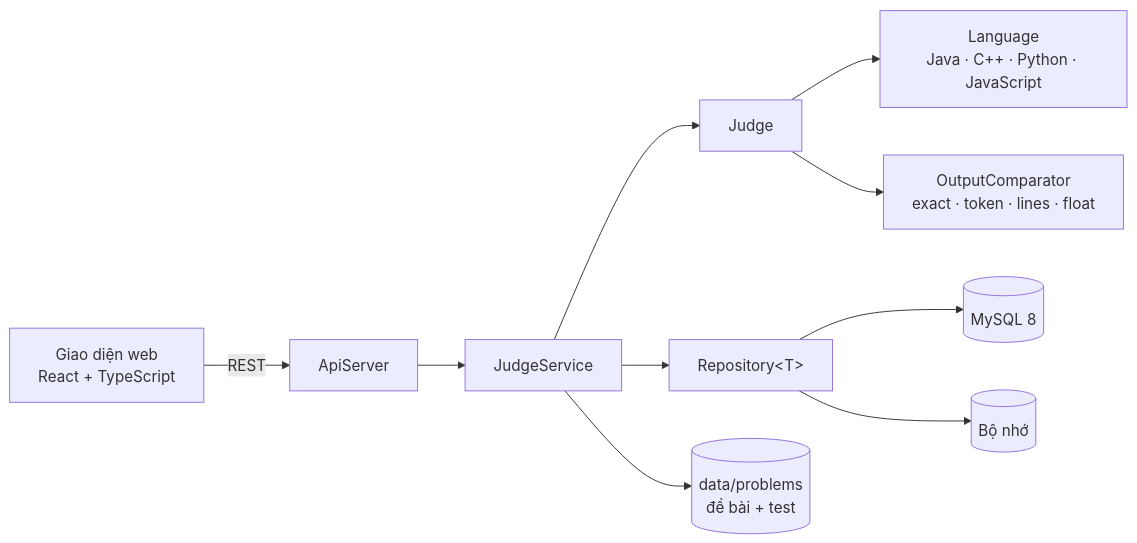
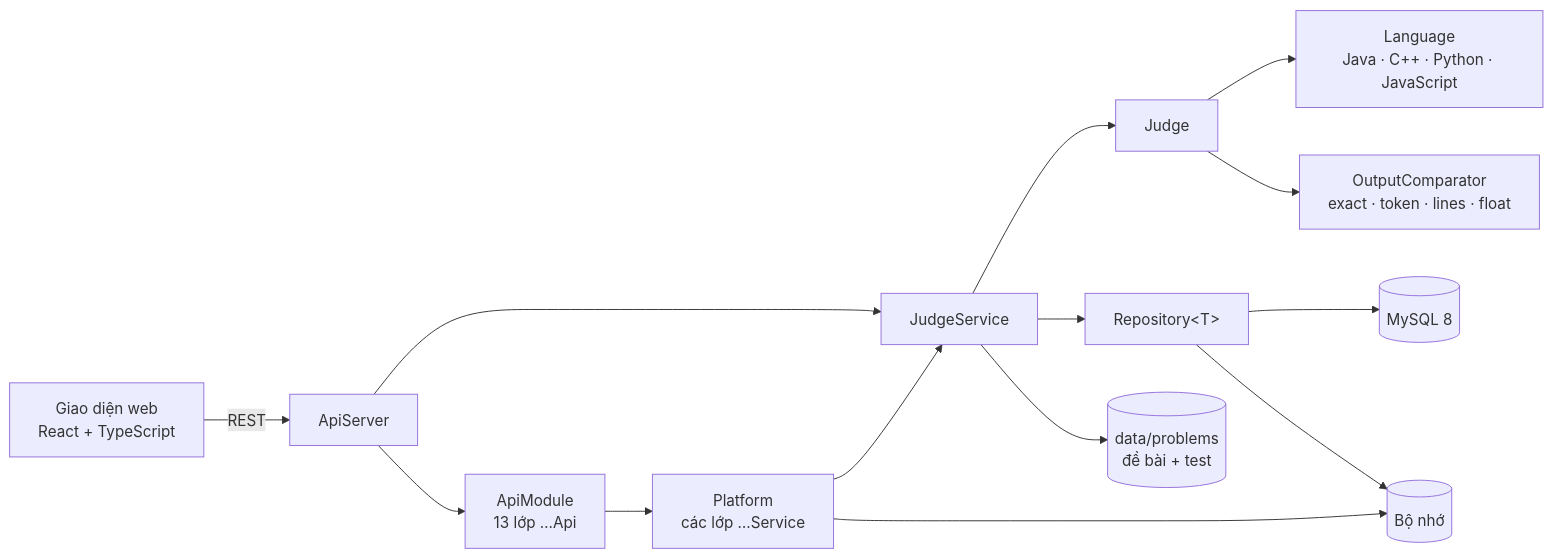
The diagram in README.md (hienphung910/He-thong-cham-bai-lap-trinh-tu-dong), drawn with Mermaid before and after one commit. The commit also changed other lines of this file, not shown here.

Commit message:
Cap nhat README theo 40 module

````diff
--- a/README.md
+++ b/README.md
@@ -52,12 +154,16 @@
 ```mermaid
 flowchart LR
     Web["Giao diện web<br/>React + TypeScript"] -- "REST" --> Api[ApiServer]
     Api --> Svc[JudgeService]
+    Api --> Mod["ApiModule<br/>13 lớp …Api"]
+    Mod --> Plat["Platform<br/>các lớp …Service"]
+    Plat --> Svc
+    Plat --> RAM
     Svc --> Judge
     Judge --> Lang["Language<br/>Java · C++ · Python · JavaScript"]
     Judge --> Cmp["OutputComparator<br/>exact · token · lines · float"]
     Svc --> Repo["Repository#lt;T#gt;"]
     Repo --> MySQL[("MySQL 8")]
     Repo --> RAM[("Bộ nhớ")]
     Svc --> Disk[("data/problems<br/>đề bài + test")]
 ```
````
